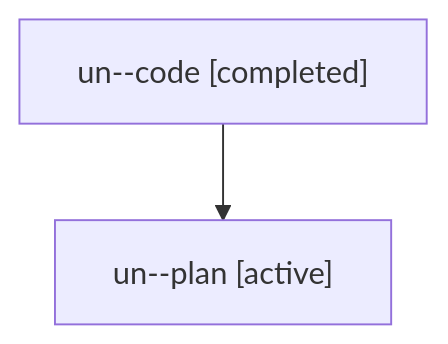
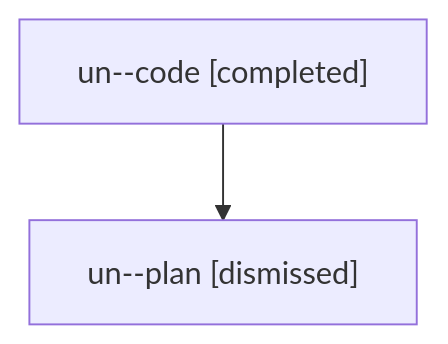
Before and after one commit to sase-org/sase--agents: the diagram in sessions/bbugyi200.athena.un.md, drawn with Mermaid. The commit also changed other lines of this file and 22 other files, not shown here.

````diff
--- a/sessions/bbugyi200.athena.un.md
+++ b/sessions/bbugyi200.athena.un.md
@@ -9,6 +9,6 @@
 ```mermaid
 flowchart TD
   n0["un--code [completed]"]
-  n1["un--plan [active]"]
+  n1["un--plan [dismissed]"]
   n0 --> n1
 ```
````
